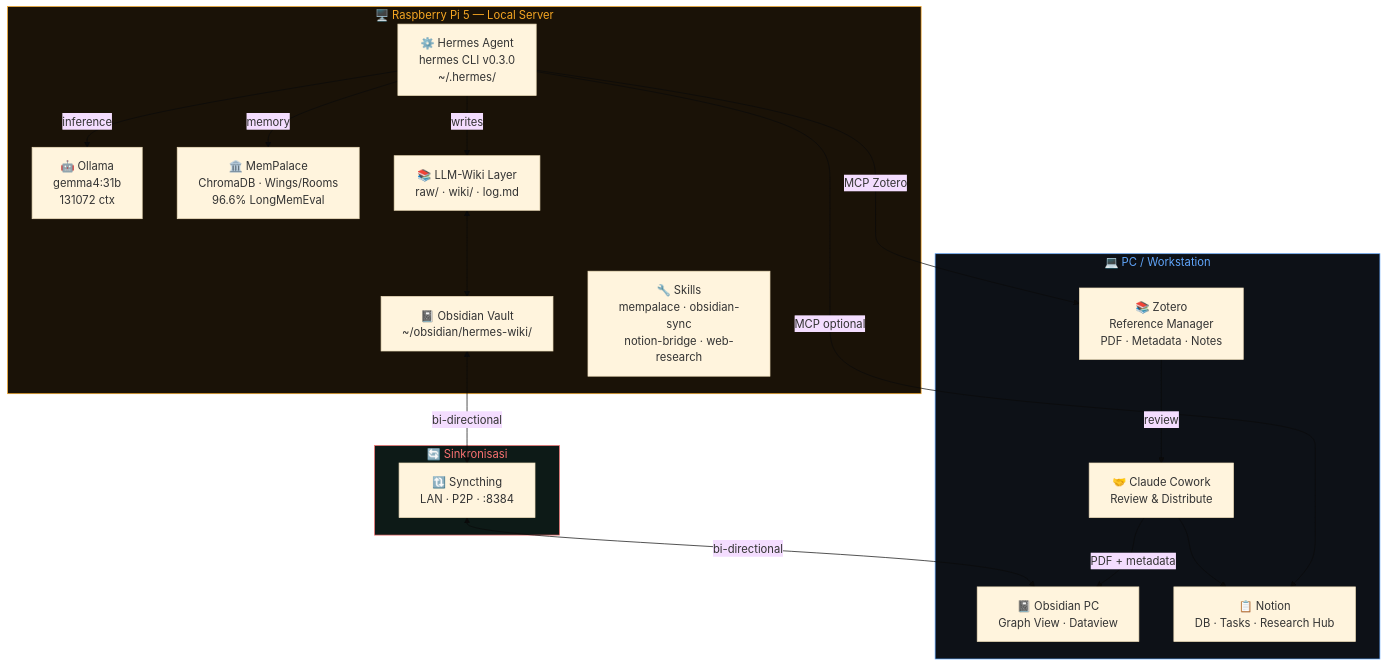
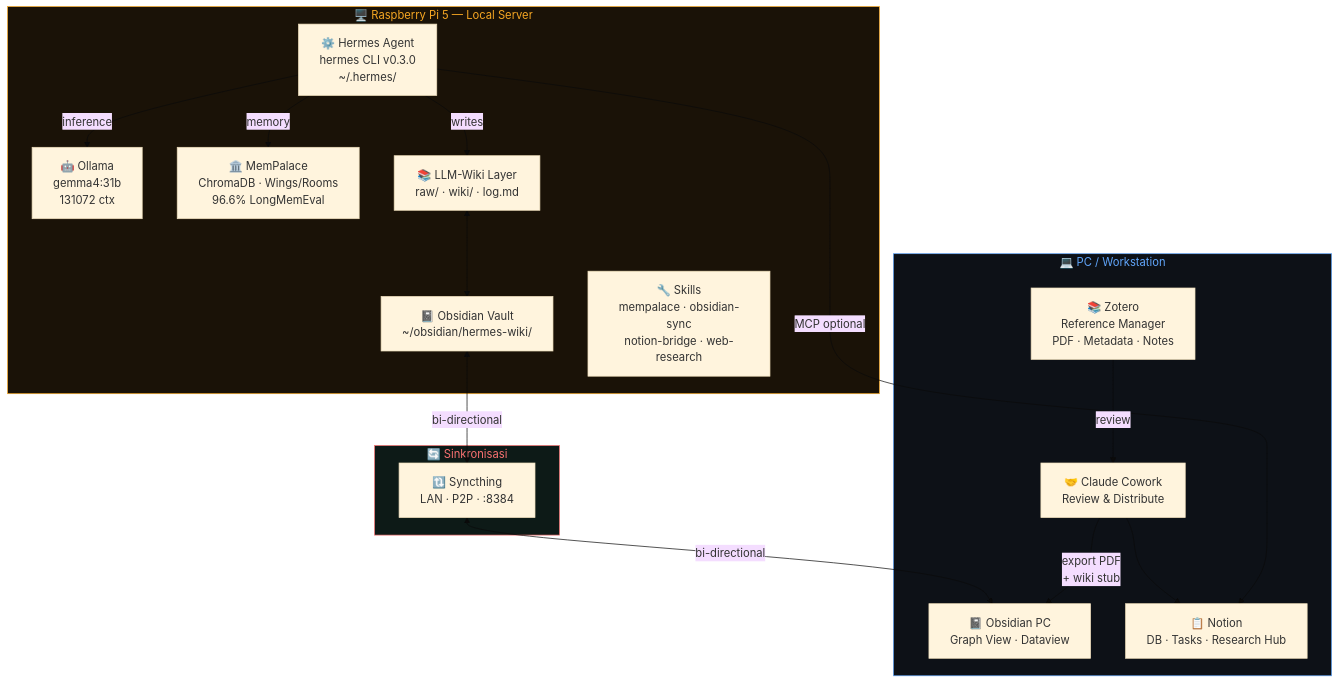
One commit to omankz/Hermes-Agent---Claude-Cowork---Notion---Obsidian changed the first of 7 diagrams in README.md. Above: the diagram before and after it, drawn with Mermaid (base theme). The commit also changed other lines of this file, not shown here.

````diff
--- a/README.md
+++ b/README.md
@@ -46,38 +46,37 @@
 ```mermaid
 graph TB
     subgraph RPi5["🖥️ Raspberry Pi 5 — Local Server"]
         HA["⚙️ Hermes Agent\nhermes CLI v0.3.0\n~/.hermes/"]
         OL["🤖 Ollama\ngemma4:31b\n131072 ctx"]
         MP["🏛️ MemPalace\nChromaDB · Wings/Rooms\n96.6% LongMemEval"]
         OB_RPi["📓 Obsidian Vault\n~/obsidian/hermes-wiki/"]
         WK["📚 LLM-Wiki Layer\nraw/ · wiki/ · log.md"]
         SK["🔧 Skills\nmempalace · obsidian-sync\nnotion-bridge · web-research"]
     end
 
     subgraph SYNC["🔄 Sinkronisasi"]
         ST["🔃 Syncthing\nLAN · P2P · :8384"]
     end
 
     subgraph PC["💻 PC / Workstation"]
         OB_PC["📓 Obsidian PC\nGraph View · Dataview"]
         ZT["📚 Zotero\nReference Manager\nPDF · Metadata · Notes"]
         CW["🤝 Claude Cowork\nReview & Distribute"]
         NT["📋 Notion\nDB · Tasks · Research Hub"]
     end
 
     HA -- inference --> OL
     HA -- memory --> MP
     HA -- writes --> WK
     WK <--> OB_RPi
     OB_RPi <-- bi-directional --> ST
     ST <-- bi-directional --> OB_PC
     ZT -->|"review"| CW
-    CW -->|"PDF + metadata"| OB_PC
+    CW -->|"export PDF\n+ wiki stub"| OB_PC
     CW --> NT
-    HA -- MCP Zotero --> ZT
     HA -- MCP optional --> NT
 
     style RPi5 fill:#1a1207,stroke:#f5a623,stroke-width:1px,color:#f5a623
     style SYNC fill:#0d1a17,stroke:#f87171,stroke-width:1px,color:#f87171
     style PC fill:#0d1117,stroke:#60a5fa,stroke-width:1px,color:#60a5fa
 ```
````
